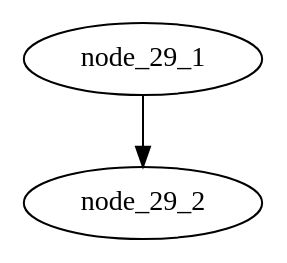
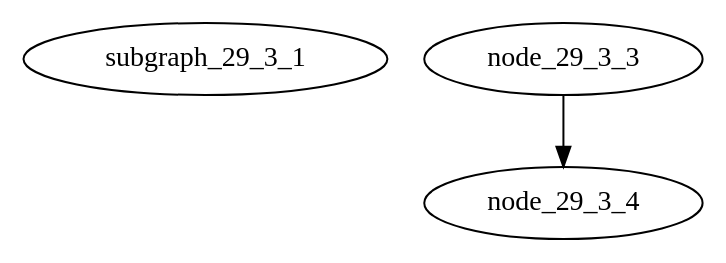
Before and after one commit to graphviz-perl/GraphViz2-Marpa: the diagram in data/29.3.gv, drawn with Graphviz. The commit also changed 4 other files, not shown here.

```diff
--- a/data/29.3.gv
+++ b/data/29.3.gv
@@ -1,10 +1,13 @@
-digraph graph_29
+digraph graph_29_3
 {
-	subgraph subgraph_29_1
+	subgraph_29_3_1
 	{
-		subgraph subgraph_29_2
+		subgraph subgraph_29_3_2
 		{
-			node_29_1 -> node_29_2
+			node_29_3_3
+			node_29_3_4
+
+			node_29_3_3 -> node_29_3_4
 		}
 	}
 }
```
